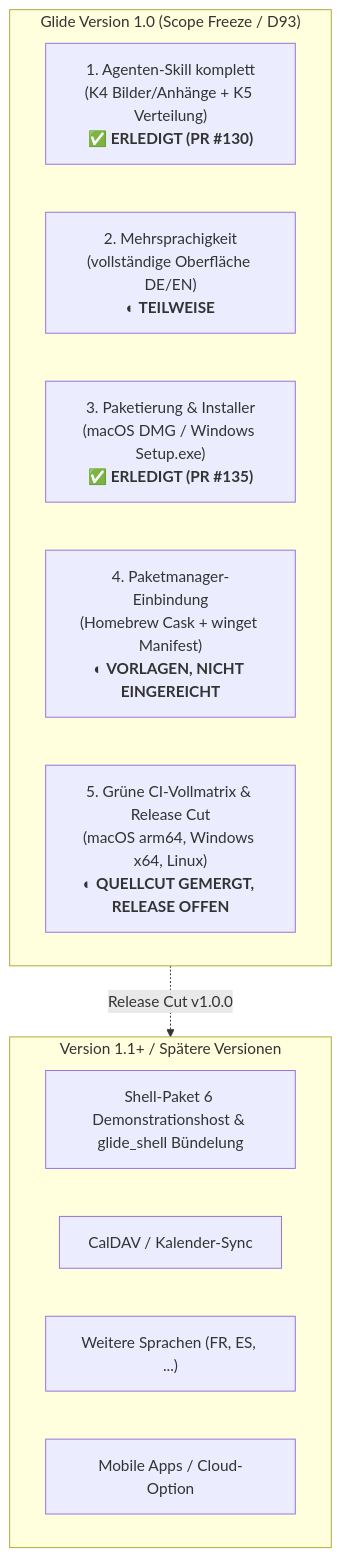
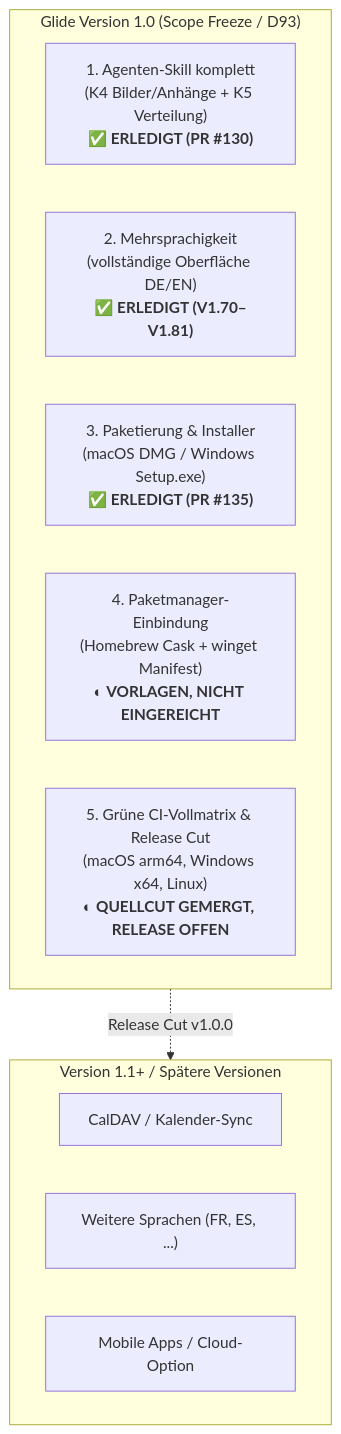
One commit to n05a-design/glide-to-do changed the diagram in 00_Arbeitsvorbereitung/Glide_Meilenstein_v1_Plan.md. Above: the diagram before and after it, drawn with Mermaid. The commit also changed other lines of this file and 15 other files, not shown here.

````diff
--- a/00_Arbeitsvorbereitung/Glide_Meilenstein_v1_Plan.md
+++ b/00_Arbeitsvorbereitung/Glide_Meilenstein_v1_Plan.md
@@ -15,19 +15,18 @@
 ```mermaid
 flowchart TD
     subgraph V1 ["Glide Version 1.0 (Scope Freeze / D93)"]
         S["1. Agenten-Skill komplett<br/>(K4 Bilder/Anhänge + K5 Verteilung)<br/><b>✅ ERLEDIGT (PR #130)</b>"]
-        I["2. Mehrsprachigkeit<br/>(vollständige Oberfläche DE/EN)<br/><b>◐ TEILWEISE</b>"]
+        I["2. Mehrsprachigkeit<br/>(vollständige Oberfläche DE/EN)<br/><b>✅ ERLEDIGT (V1.70–V1.81)</b>"]
         P["3. Paketierung & Installer<br/>(macOS DMG / Windows Setup.exe)<br/><b>✅ ERLEDIGT (PR #135)</b>"]
         M["4. Paketmanager-Einbindung<br/>(Homebrew Cask + winget Manifest)<br/><b>◐ VORLAGEN, NICHT EINGEREICHT</b>"]
         Q["5. Grüne CI-Vollmatrix & Release Cut<br/>(macOS arm64, Windows x64, Linux)<br/><b>◐ QUELLCUT GEMERGT, RELEASE OFFEN</b>"]
     end
 
     subgraph POST ["Version 1.1+ / Spätere Versionen"]
-        S6["Shell-Paket 6 Demonstrationshost & glide_shell Bündelung"]
-        CAL["CalDAV / Kalender-Sync"]
+                CAL["CalDAV / Kalender-Sync"]
         LANG["Weitere Sprachen (FR, ES, ...)"]
         MOB["Mobile Apps / Cloud-Option"]
     end
 
     V1 -.->|Release Cut v1.0.0| POST
 ```
````
